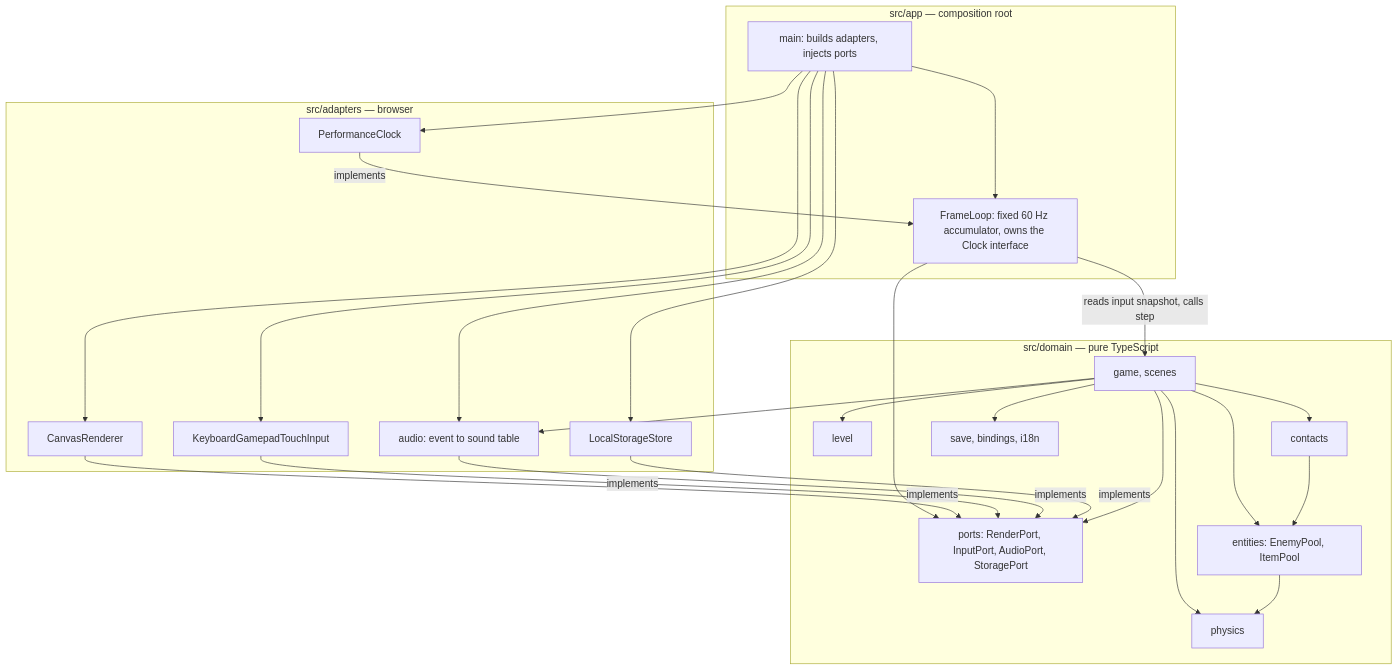
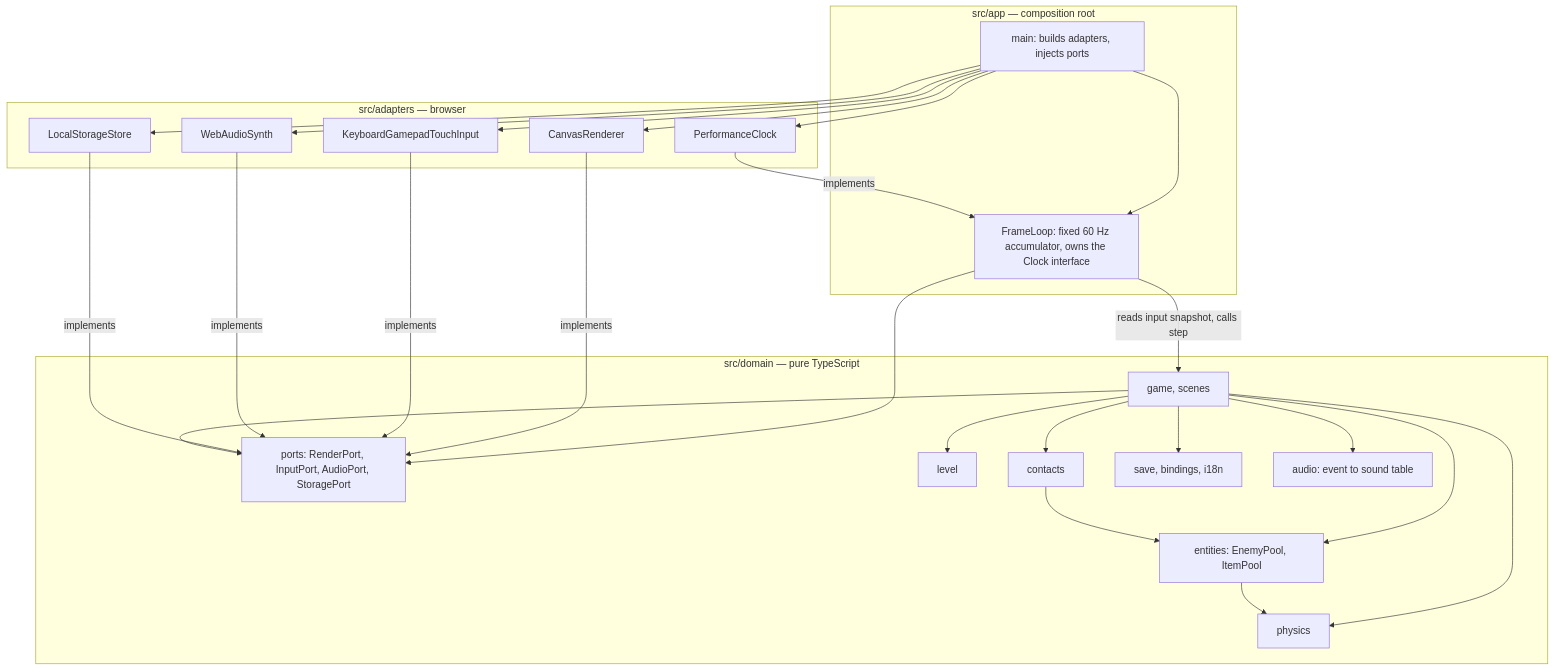
The diagram in docs/architecture/diagrams/system/03-component.md (benoit-bremaud/retro-plumber), drawn with Mermaid before and after one commit. The commit also changed 1 other file, not shown here.

Commit message:
docs(uml): fix audio node id and matrix cells (#8)

````diff
--- a/docs/architecture/diagrams/system/03-component.md
+++ b/docs/architecture/diagrams/system/03-component.md
@@ -13,46 +13,46 @@
 ```mermaid
 flowchart TB
     subgraph App["src/app — composition root"]
         Main["main: builds adapters, injects ports"]
         Loop["FrameLoop: fixed 60 Hz accumulator, owns the Clock interface"]
     end
     subgraph Adapters["src/adapters — browser"]
         Canvas["CanvasRenderer"]
         Keys["KeyboardGamepadTouchInput"]
         Audio["WebAudioSynth"]
         Store["LocalStorageStore"]
         Clock["PerformanceClock"]
     end
     subgraph Domain["src/domain — pure TypeScript"]
         Ports["ports: RenderPort, InputPort, AudioPort, StoragePort"]
         Game["game, scenes"]
         Physics["physics"]
         Level["level"]
         Entities["entities: EnemyPool, ItemPool"]
         Contacts["contacts"]
         Meta["save, bindings, i18n"]
-        Audio["audio: event to sound table"]
+        SoundTable["audio: event to sound table"]
     end
     Main --> Loop
     Main --> Canvas
     Main --> Keys
     Main --> Audio
     Main --> Store
     Main --> Clock
     Loop -->|"reads input snapshot, calls step"| Game
     Loop --> Ports
     Clock -->|"implements"| Loop
     Canvas -->|"implements"| Ports
     Keys -->|"implements"| Ports
     Audio -->|"implements"| Ports
     Store -->|"implements"| Ports
     Game --> Ports
     Game --> Physics
     Game --> Level
     Game --> Entities
     Entities --> Physics
     Game --> Contacts
     Contacts --> Entities
     Game --> Meta
-    Game --> Audio
+    Game --> SoundTable
 ```
````
